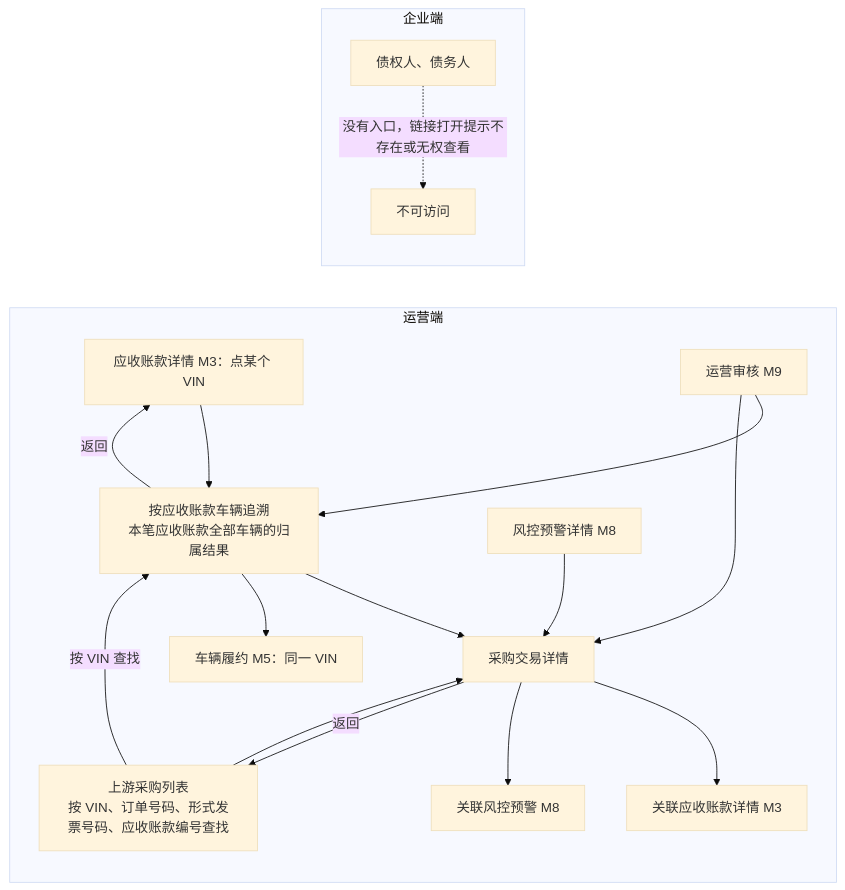
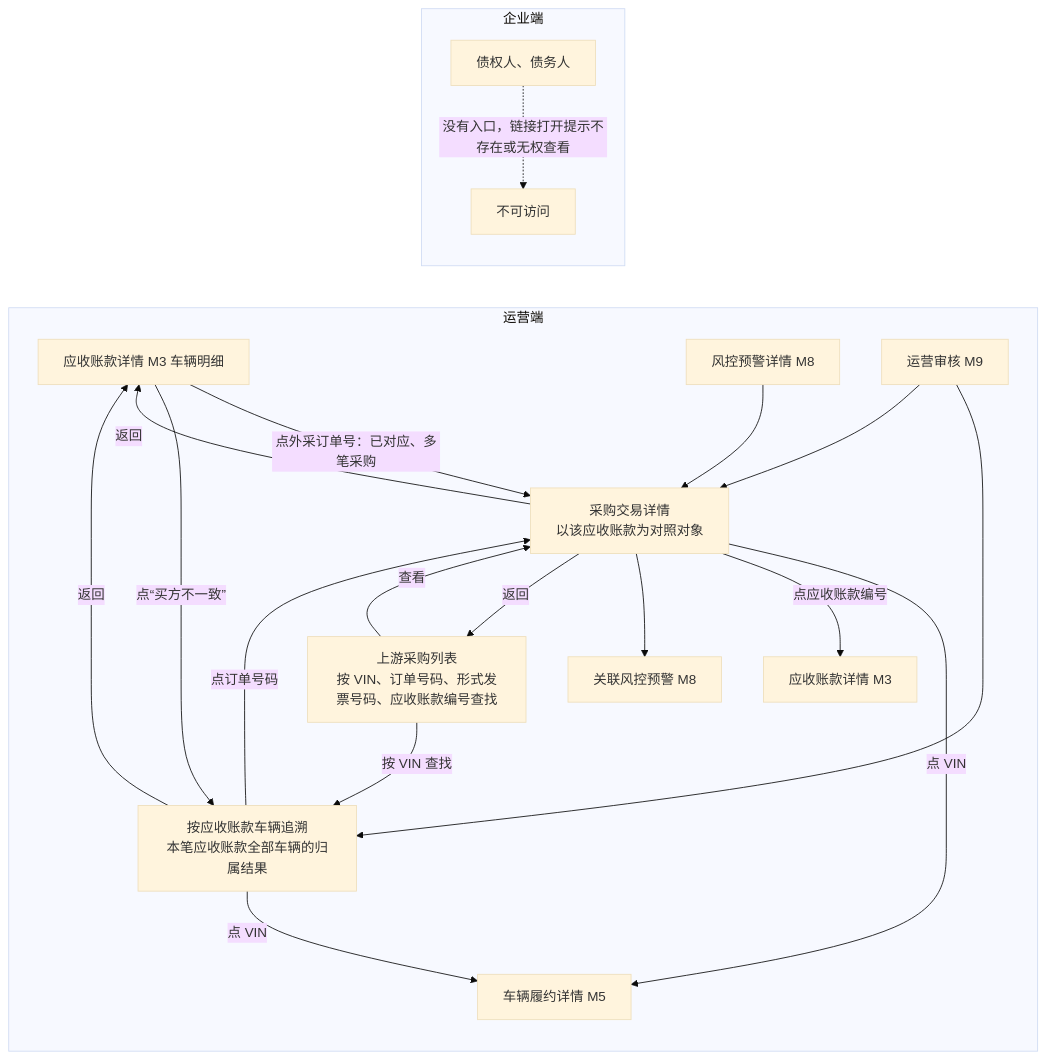
One commit to wxblockchain/Chain-Financing changed the fourth of 4 diagrams in asset-trust-platform/PRD/运营端/M4-上游采购追溯/02-上游采购追溯-流程图与状态机.md. Above: the diagram before and after it, drawn with Mermaid (base theme). The commit also changed other lines of this file and 2 other files, not shown here.

````diff
--- a/asset-trust-platform/PRD/运营端/M4-上游采购追溯/02-上游采购追溯-流程图与状态机.md
+++ b/asset-trust-platform/PRD/运营端/M4-上游采购追溯/02-上游采购追溯-流程图与状态机.md
@@ -78,20 +78,23 @@
 ```mermaid
 flowchart LR
     subgraph 运营端
-        R0[应收账款详情 M3：点某个 VIN] --> T[按应收账款车辆追溯<br/>本笔应收账款全部车辆的归属结果]
-        L[上游采购列表<br/>按 VIN、订单号码、形式发票号码、应收账款编号查找] --> D[采购交易详情]
+        R0[应收账款详情 M3 车辆明细] -->|点外采订单号：已对应、多笔采购| D[采购交易详情<br/>以该应收账款为对照对象]
+        R0 -->|点“买方不一致”| T[按应收账款车辆追溯<br/>本笔应收账款全部车辆的归属结果]
+        L[上游采购列表<br/>按 VIN、订单号码、形式发票号码、应收账款编号查找] -->|查看| D
         L -->|按 VIN 查找| T
-        T --> D
-        T --> V[车辆履约 M5：同一 VIN]
-        D --> R1[关联应收账款详情 M3]
+        T -->|点订单号码| D
+        T -->|点 VIN| V[车辆履约详情 M5]
+        D -->|点 VIN| V
+        D -->|点应收账款编号| R1[应收账款详情 M3]
         D --> W[关联风控预警 M8]
         W8[风控预警详情 M8] --> D
         A9[运营审核 M9] --> T
         A9 --> D
+        D -->|返回| R0
         T -->|返回| R0
         D -->|返回| L
     end
     subgraph 企业端
         E[债权人、债务人] -.->|没有入口，链接打开提示不存在或无权查看| X[不可访问]
     end
 ```
````
